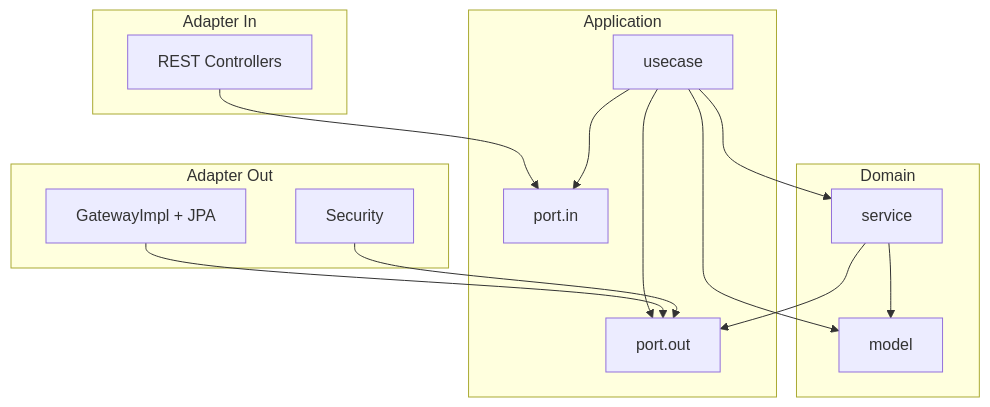
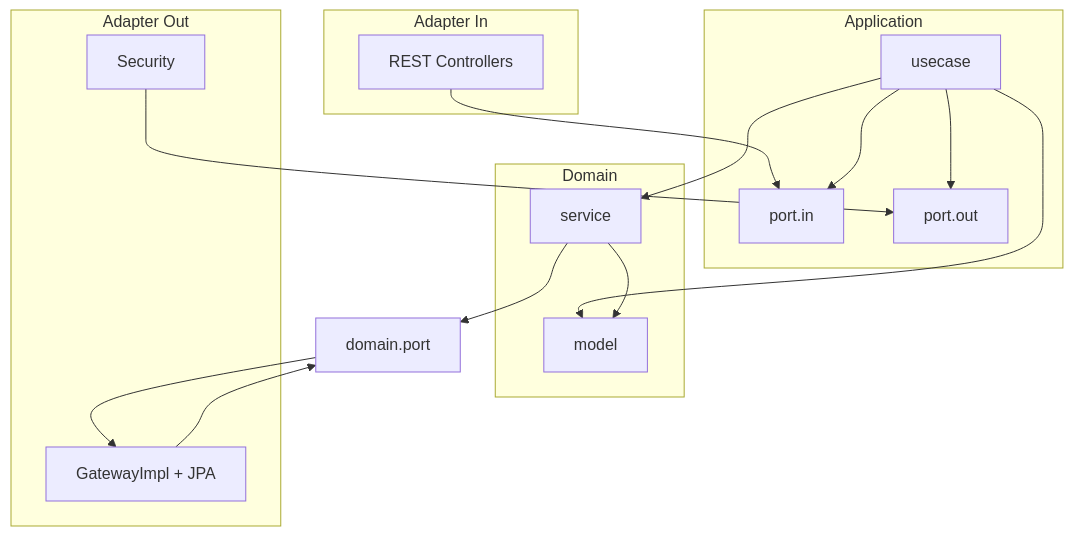
Before and after one commit to pedroalbertom/gac-backend: the diagram in docs/ARCHITECTURE.md, drawn with Mermaid. The commit also changed other lines of this file and 60 other files, not shown here.

First line of the commit message:
refactor: tighten Clean Architecture with domain ports and movement DTOs

````diff
--- a/docs/ARCHITECTURE.md
+++ b/docs/ARCHITECTURE.md
@@ -26,28 +28,29 @@
 ```mermaid
 flowchart TB
   subgraph adapters_in [Adapter In]
     Controller[REST Controllers]
   end
   subgraph application [Application]
     InPort[port.in]
     UC[usecase]
     OutPort[port.out]
   end
   subgraph domain [Domain]
     Entity[model]
     DomSvc[service]
   end
   subgraph adapters_out [Adapter Out]
     JPA[GatewayImpl + JPA]
     JWT[Security]
   end
   Controller --> InPort
   UC --> InPort
   UC --> OutPort
   UC --> Entity
   UC --> DomSvc
-  DomSvc --> OutPort
+  DomSvc --> DomainPort[domain.port]
   DomSvc --> Entity
-  JPA --> OutPort
+  DomainPort --> JPA
+  JPA --> DomainPort
   JWT --> OutPort
 ```
````
